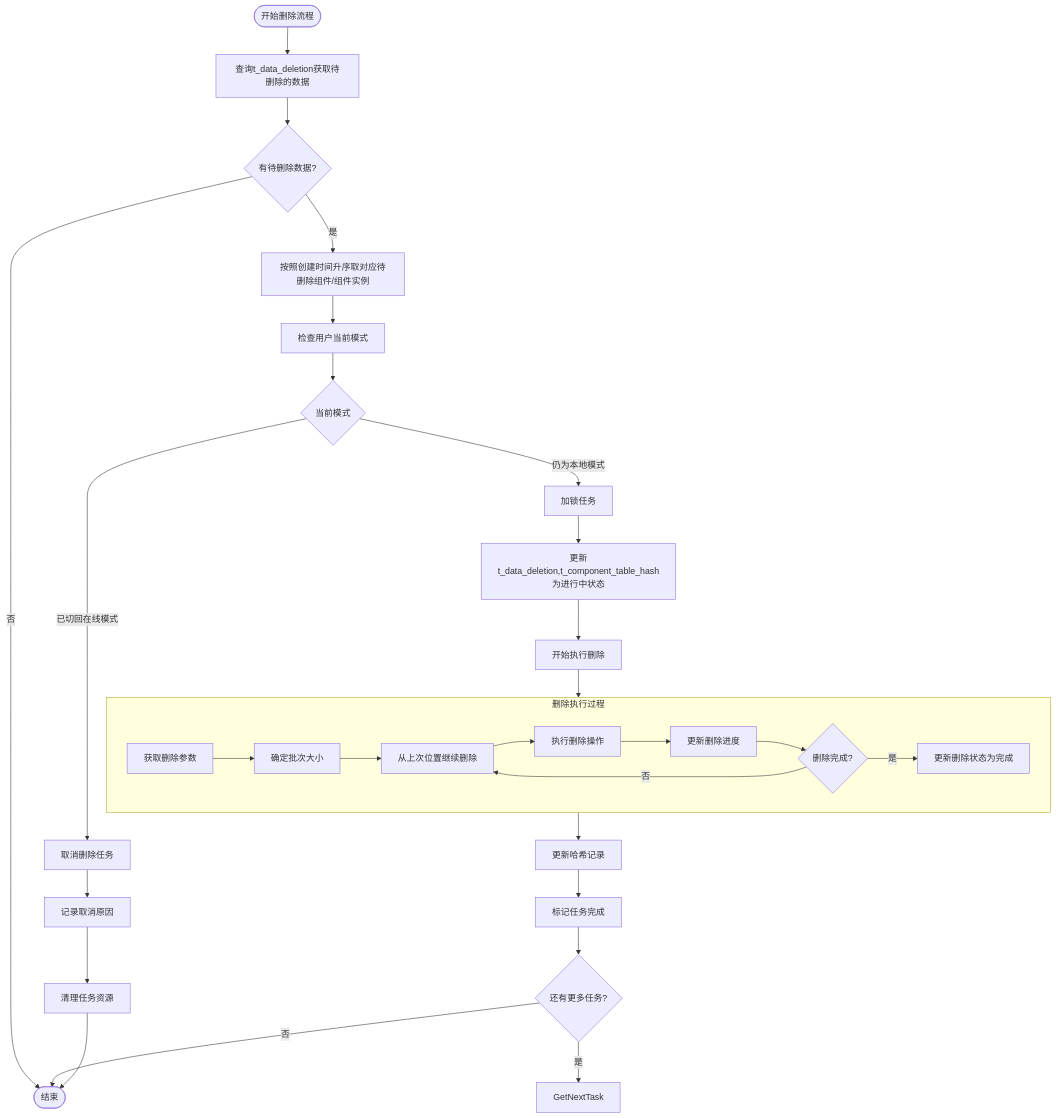
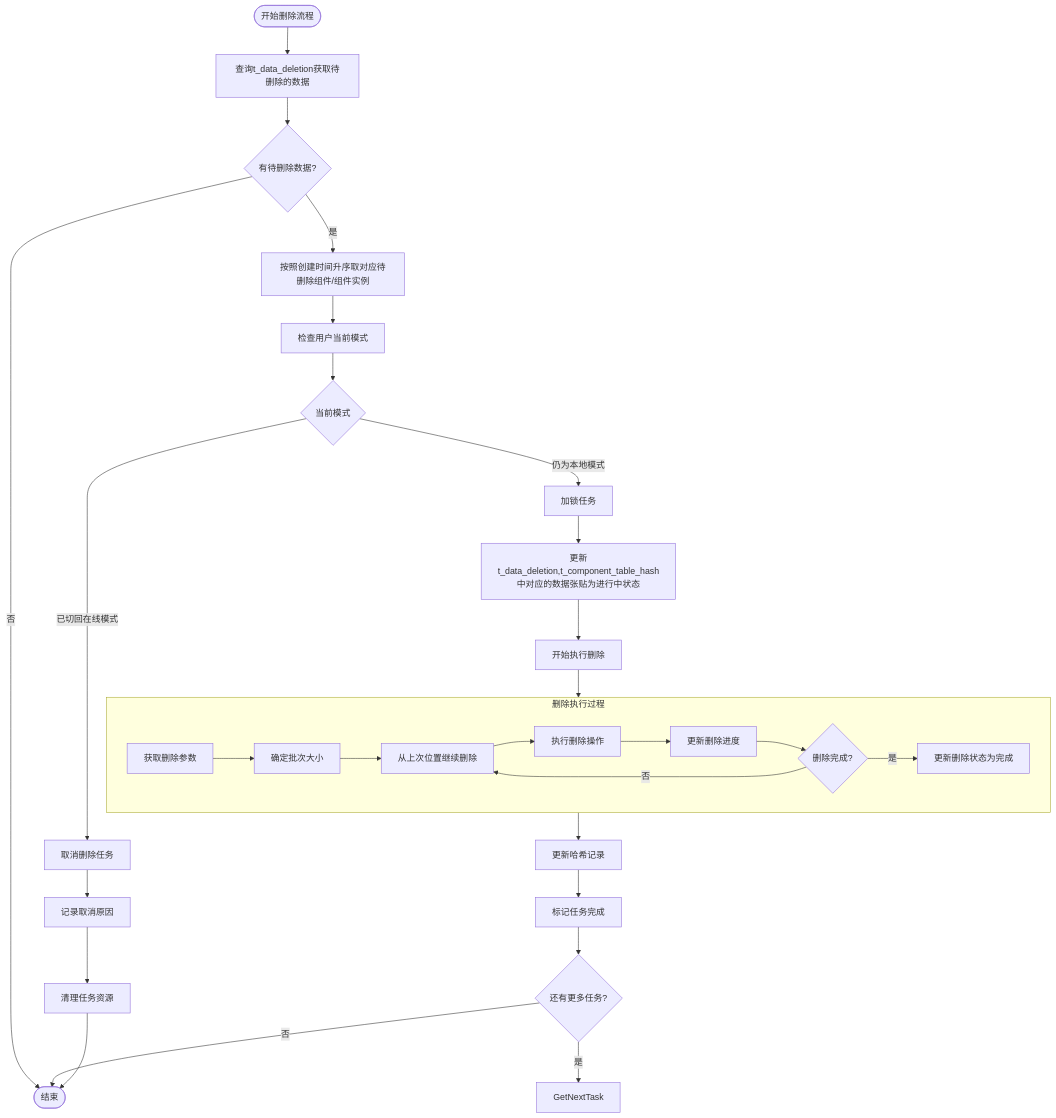
The diagram in all/未命名-51.md (yingjianzh/iodraw-files), drawn with Mermaid before and after one commit.

Commit message:
2025-05-08 15:27:17 update

````diff
--- a/all/未命名-51.md
+++ b/all/未命名-51.md
@@ -1,41 +1,41 @@
 ```mermaid
 flowchart TD
     Start([开始删除流程]) --> FetchTasks[查询t_data_deletion获取待删除的数据]
     FetchTasks --> HasTasks{有待删除数据?}
     
     HasTasks -->|否| End([结束])
     HasTasks -->|是| PrioritizeTasks[按照创建时间升序取对应待删除组件/组件实例]
     
     PrioritizeTasks --> CheckUserMode[检查用户当前模式]
     
     CheckUserMode --> CurrentMode{当前模式}
     CurrentMode -->|已切回在线模式| TaskCancel[取消删除任务]
     CurrentMode -->|仍为本地模式| LockTask[加锁任务]
     
-    LockTask --> UpdateStatus[更新t_data_deletion,t_component_table_hash为进行中状态]
+    LockTask --> UpdateStatus[更新t_data_deletion,t_component_table_hash中对应的数据张贴为进行中状态]
     UpdateStatus --> BeginDeletion[开始执行删除]
     
     subgraph DeletionProcess [删除执行过程]
         A[获取删除参数] --> B[确定批次大小]
         B --> C[从上次位置继续删除]
         C --> D[执行删除操作]
         D --> E[更新删除进度]
         E --> F{删除完成?}
         F -->|否| C
         F -->|是| G[更新删除状态为完成]
     end
     
     BeginDeletion --> DeletionProcess
     
     DeletionProcess --> UpdateHashRecord[更新哈希记录]
     UpdateHashRecord --> MarkCompleted[标记任务完成]
     
     TaskCancel --> LogCancellation[记录取消原因]
     LogCancellation --> CleanupTask[清理任务资源]
     
     MarkCompleted --> CheckMoreTasks{还有更多任务?}
     CheckMoreTasks -->|是| GetNextTask
     CheckMoreTasks -->|否| End
     
     CleanupTask --> End
 ```
````
